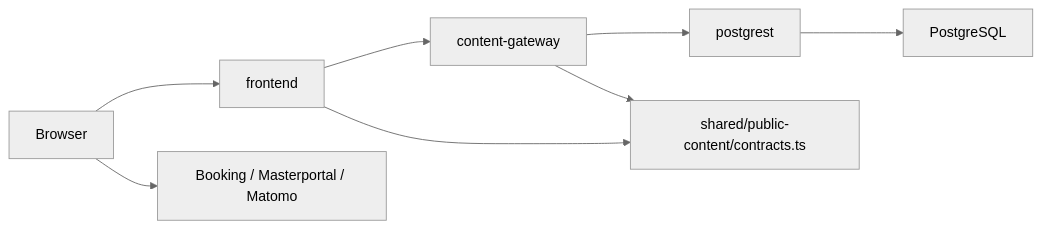
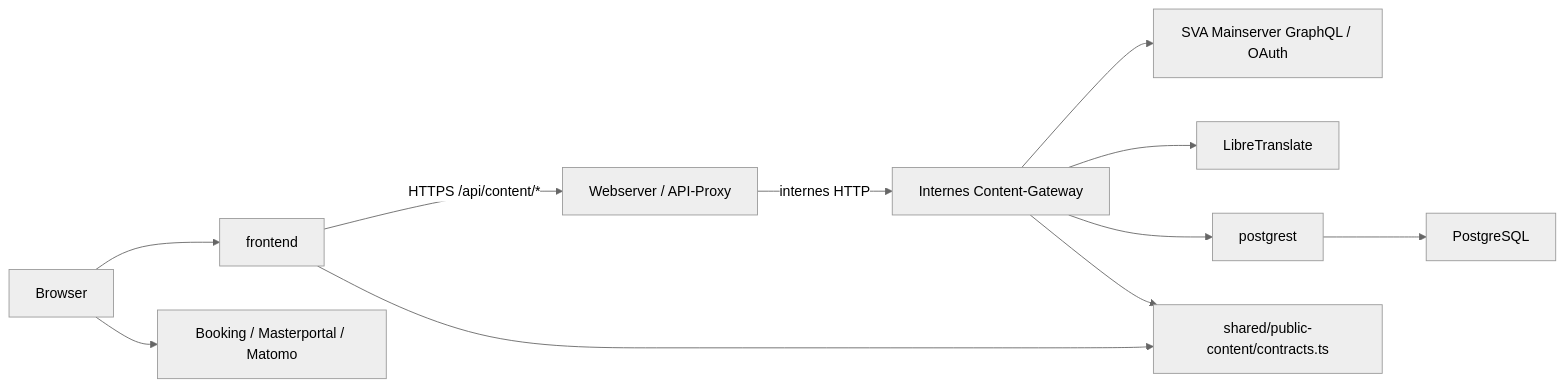
One commit to smart-village-solutions/guben-cockpit-old changed the second of 5 diagrams in docs/arc42.md. Above: the diagram before and after it, drawn with Mermaid (neutral theme). The commit also changed other lines of this file and 12 other files, not shown here.

Commit message:
docs: update architecture, content sources and release operations

````diff
--- a/docs/arc42.md
+++ b/docs/arc42.md
@@ -126,10 +131,13 @@
 ```mermaid
 flowchart LR
   Browser --> Frontend["frontend"]
-  Frontend --> Gateway["content-gateway"]
+  Frontend -->|"HTTPS /api/content/*"| Web["Webserver / API-Proxy"]
+  Web -->|"internes HTTP"| Gateway["Internes Content-Gateway"]
+  Gateway --> SmartVillage["SVA Mainserver GraphQL / OAuth"]
+  Gateway --> Translate["LibreTranslate"]
   Gateway --> PostgREST["postgrest"]
   PostgREST --> DB["PostgreSQL"]
   Frontend --> Shared["shared/public-content/contracts.ts"]
   Gateway --> Shared
   Browser --> External["Booking / Masterportal / Matomo"]
 ```
````
